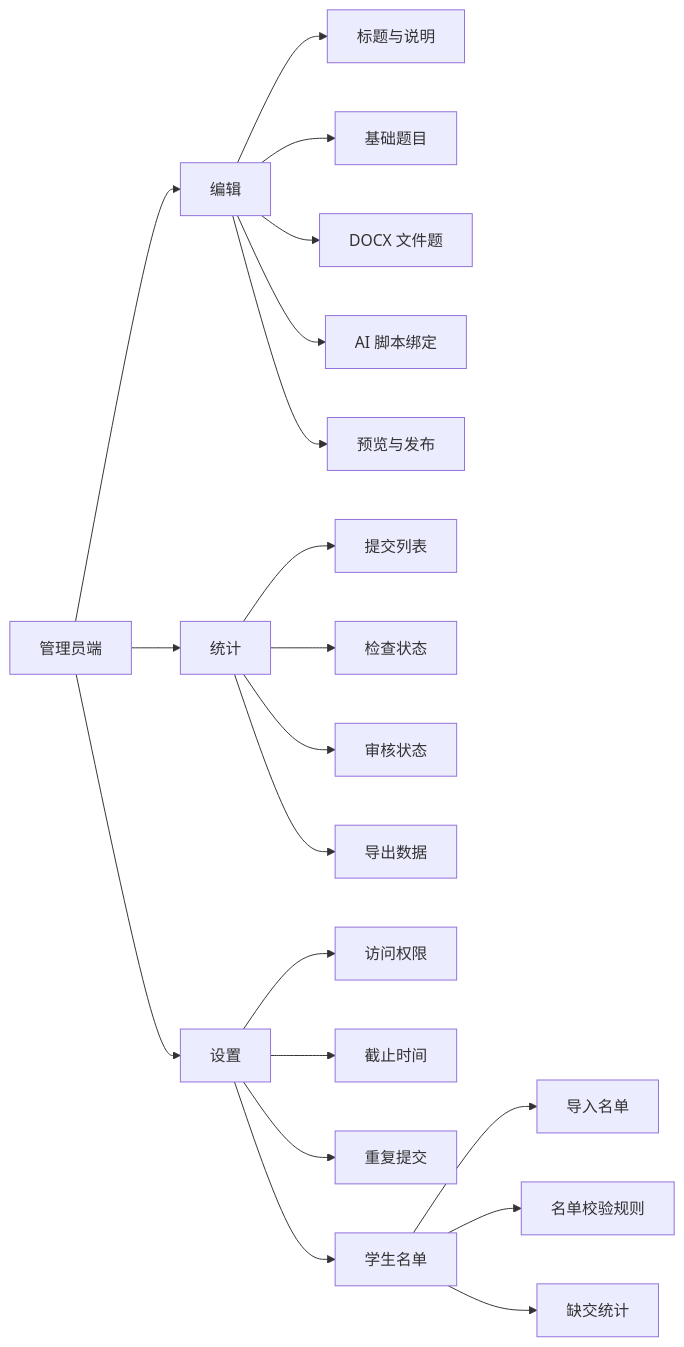
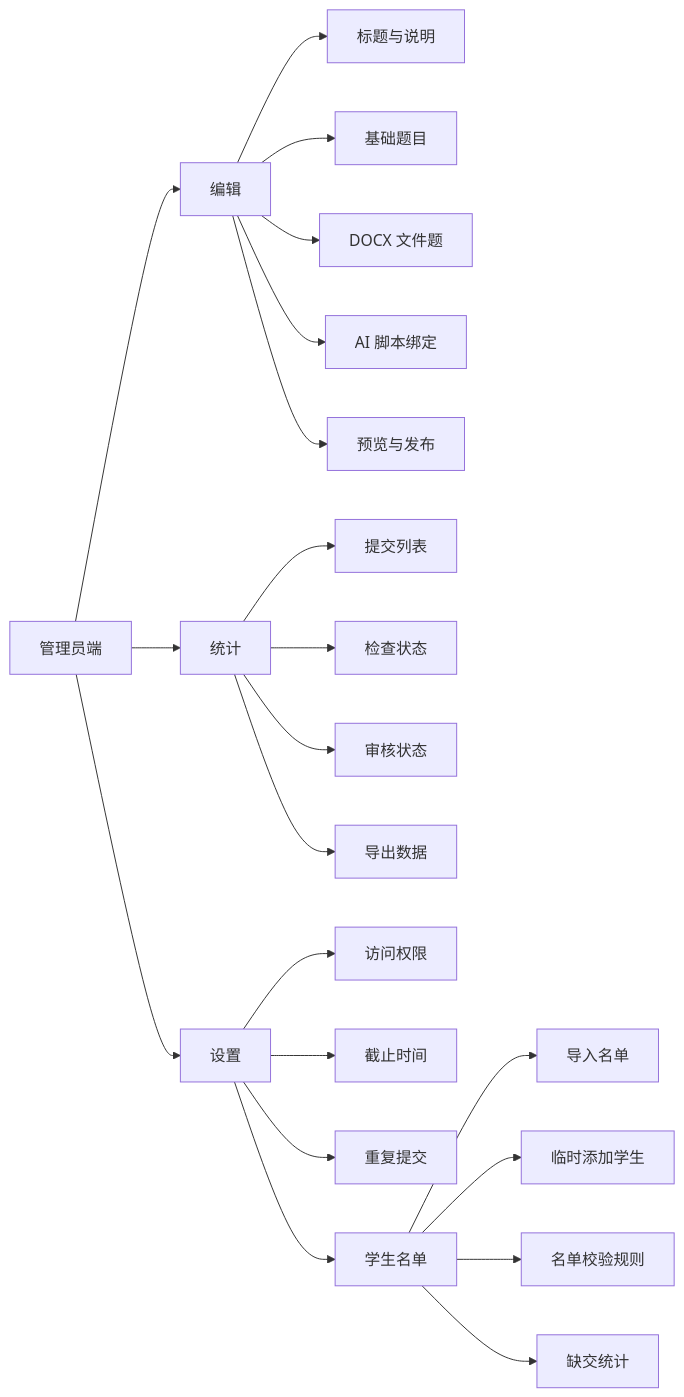
Before and after one commit to layerism/moyin: the first of 4 diagrams in docs/03_design_diagram.md, drawn with Mermaid. The commit also changed other lines of this file, not shown here.

````diff
--- a/docs/03_design_diagram.md
+++ b/docs/03_design_diagram.md
@@ -5,25 +5,26 @@
 ```mermaid
 flowchart LR
   A["管理员端"] --> B["编辑"]
   A --> C["统计"]
   A --> D["设置"]
 
   B --> B1["标题与说明"]
   B --> B2["基础题目"]
   B --> B3["DOCX 文件题"]
   B --> B4["AI 脚本绑定"]
   B --> B5["预览与发布"]
 
   C --> C1["提交列表"]
   C --> C2["检查状态"]
   C --> C3["审核状态"]
   C --> C4["导出数据"]
 
   D --> D1["访问权限"]
   D --> D2["截止时间"]
   D --> D3["重复提交"]
   D --> D4["学生名单"]
   D4 --> D41["导入名单"]
-  D4 --> D42["名单校验规则"]
-  D4 --> D43["缺交统计"]
+  D4 --> D42["临时添加学生"]
+  D4 --> D43["名单校验规则"]
+  D4 --> D44["缺交统计"]
 ```
````
